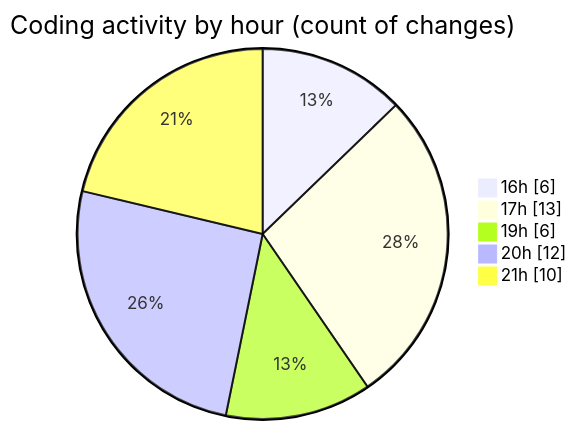
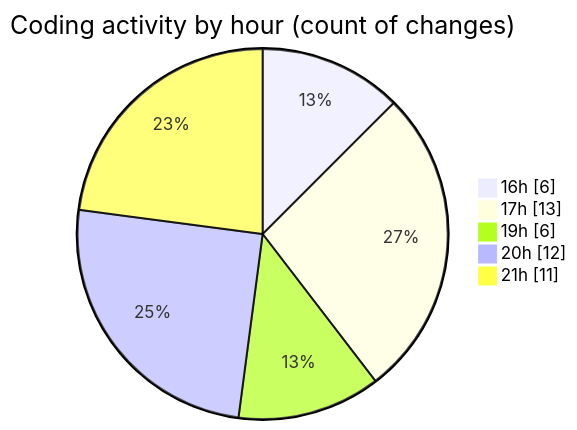
Before and after one commit to idhammustaqopulfikri/code-tracking: the second of 2 diagrams in 2025-06-22/studio-backend/README.md, drawn with Mermaid. The commit also changed other lines of this file and 1 other file, not shown here.

````diff
--- a/2025-06-22/studio-backend/README.md
+++ b/2025-06-22/studio-backend/README.md
@@ -37,9 +37,9 @@
 ```mermaid
 pie showData
 title Coding activity by hour (count of changes)
 "16h" : 6
 "17h" : 13
 "19h" : 6
 "20h" : 12
-"21h" : 10
+"21h" : 11
 ```
````
